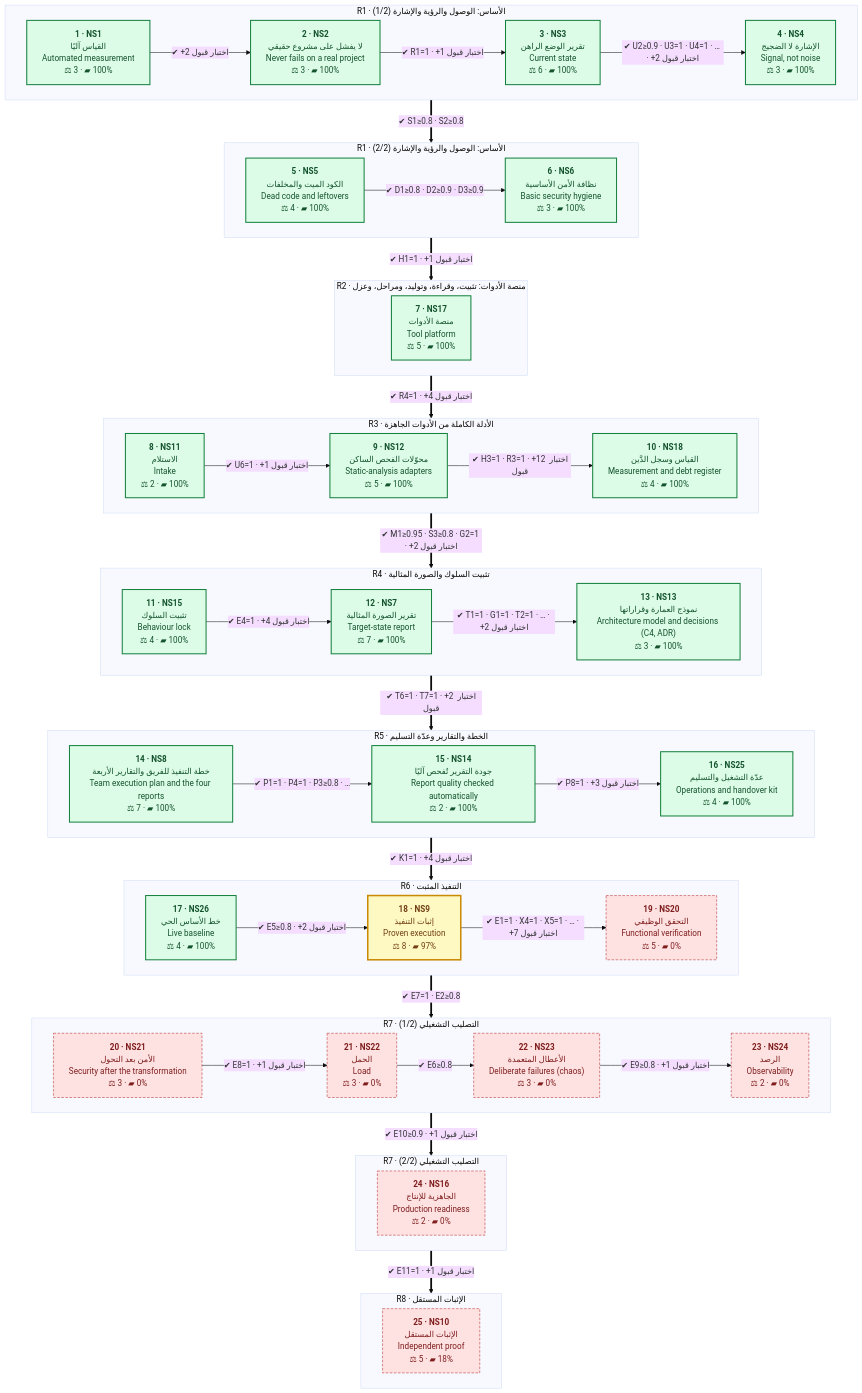
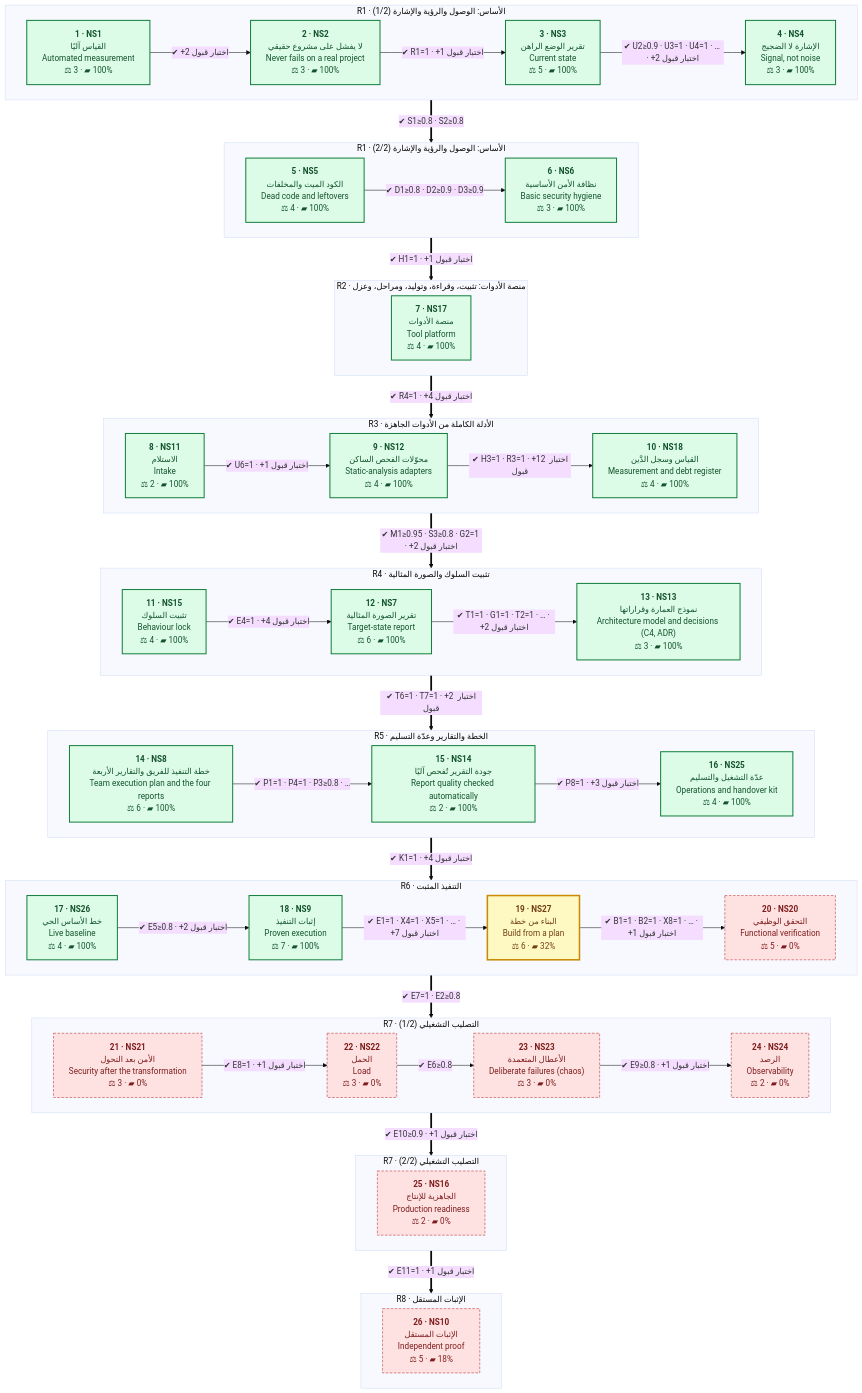
Before and after one commit to eom1417/engineering-audit-os: the second of 2 diagrams in README.md, drawn with Mermaid (base theme). The commit also changed other lines of this file and 15 other files, not shown here.

```diff
--- a/README.md
+++ b/README.md
@@ -247,7 +251,7 @@
         direction LR
         NS1["<b>1 · NS1</b><br/>القياس آليًا<br/>Automated measurement<br/>⚖ 3 · ▰ 100%"]:::done
         NS2["<b>2 · NS2</b><br/>لا يفشل على مشروع حقيقي<br/>Never fails on a real project<br/>⚖ 3 · ▰ 100%"]:::done
-        NS3["<b>3 · NS3</b><br/>تقرير الوضع الراهن<br/>Current state<br/>⚖ 6 · ▰ 100%"]:::done
+        NS3["<b>3 · NS3</b><br/>تقرير الوضع الراهن<br/>Current state<br/>⚖ 5 · ▰ 100%"]:::done
         NS4["<b>4 · NS4</b><br/>الإشارة لا الضجيج<br/>Signal, not noise<br/>⚖ 3 · ▰ 100%"]:::done
         NS1 -->|"✔ +2 اختبار قبول"| NS2
         NS2 -->|"✔ R1=1 · +1 اختبار قبول"| NS3
@@ -261,12 +265,12 @@
     end
     subgraph R2_1["R2 · منصة الأدوات: تثبيت، وقراءة، وتوليد، ومراحل، وعزل"]
         direction LR
-        NS17["<b>7 · NS17</b><br/>منصة الأدوات<br/>Tool platform<br/>⚖ 5 · ▰ 100%"]:::done
+        NS17["<b>7 · NS17</b><br/>منصة الأدوات<br/>Tool platform<br/>⚖ 4 · ▰ 100%"]:::done
     end
     subgraph R3_1["R3 · الأدلة الكاملة من الأدوات الجاهزة"]
         direction LR
         NS11["<b>8 · NS11</b><br/>الاستلام<br/>Intake<br/>⚖ 2 · ▰ 100%"]:::done
-        NS12["<b>9 · NS12</b><br/>محوّلات الفحص الساكن<br/>Static-analysis adapters<br/>⚖ 5 · ▰ 100%"]:::done
+        NS12["<b>9 · NS12</b><br/>محوّلات الفحص الساكن<br/>Static-analysis adapters<br/>⚖ 4 · ▰ 100%"]:::done
         NS18["<b>10 · NS18</b><br/>القياس وسجل الدَّين<br/>Measurement and debt register<br/>⚖ 4 · ▰ 100%"]:::done
         NS11 -->|"✔ U6=1 · +1 اختبار قبول"| NS12
         NS12 -->|"✔ H3=1 · R3=1 · +12 اختبار قبول"| NS18
@@ -274,14 +278,14 @@
     subgraph R4_1["R4 · تثبيت السلوك والصورة المثالية"]
         direction LR
         NS15["<b>11 · NS15</b><br/>تثبيت السلوك<br/>Behaviour lock<br/>⚖ 4 · ▰ 100%"]:::done
-        NS7["<b>12 · NS7</b><br/>تقرير الصورة المثالية<br/>Target-state report<br/>⚖ 7 · ▰ 100%"]:::done
+        NS7["<b>12 · NS7</b><br/>تقرير الصورة المثالية<br/>Target-state report<br/>⚖ 6 · ▰ 100%"]:::done
         NS13["<b>13 · NS13</b><br/>نموذج العمارة وقراراتها<br/>Architecture model and decisions (C4, ADR)<br/>⚖ 3 · ▰ 100%"]:::done
         NS15 -->|"✔ E4=1 · +4 اختبار قبول"| NS7
         NS7 -->|"✔ T1=1 · G1=1 · T2=1 · … · +2 اختبار قبول"| NS13
     end
     subgraph R5_1["R5 · الخطة والتقارير وعدّة التسليم"]
         direction LR
-        NS8["<b>14 · NS8</b><br/>خطة التنفيذ للفريق والتقارير الأربعة<br/>Team execution plan and the four reports<br/>⚖ 7 · ▰ 100%"]:::done
+        NS8["<b>14 · NS8</b><br/>خطة التنفيذ للفريق والتقارير الأربعة<br/>Team execution plan and the four reports<br/>⚖ 6 · ▰ 100%"]:::done
         NS14["<b>15 · NS14</b><br/>جودة التقرير تُفحص آليًا<br/>Report quality checked automatically<br/>⚖ 2 · ▰ 100%"]:::done
         NS25["<b>16 · NS25</b><br/>عدّة التشغيل والتسليم<br/>Operations and handover kit<br/>⚖ 4 · ▰ 100%"]:::done
         NS8 -->|"✔ P1=1 · P4=1 · P3≥0.8 · …"| NS14
@@ -290,28 +294,30 @@
     subgraph R6_1["R6 · التنفيذ المثبت"]
         direction LR
         NS26["<b>17 · NS26</b><br/>خط الأساس الحي<br/>Live baseline<br/>⚖ 4 · ▰ 100%"]:::done
-        NS9["<b>18 · NS9</b><br/>إثبات التنفيذ<br/>Proven execution<br/>⚖ 8 · ▰ 97%"]:::current
-        NS20["<b>19 · NS20</b><br/>التحقق الوظيفي<br/>Functional verification<br/>⚖ 5 · ▰ 0%"]:::owner
+        NS9["<b>18 · NS9</b><br/>إثبات التنفيذ<br/>Proven execution<br/>⚖ 7 · ▰ 100%"]:::done
+        NS27["<b>19 · NS27</b><br/>البناء من خطة<br/>Build from a plan<br/>⚖ 6 · ▰ 32%"]:::current
+        NS20["<b>20 · NS20</b><br/>التحقق الوظيفي<br/>Functional verification<br/>⚖ 5 · ▰ 0%"]:::owner
         NS26 -->|"✔ E5≥0.8 · +2 اختبار قبول"| NS9
-        NS9 -->|"✔ E1=1 · X4=1 · X5=1 · … · +7 اختبار قبول"| NS20
+        NS9 -->|"✔ E1=1 · X4=1 · X5=1 · … · +7 اختبار قبول"| NS27
+        NS27 -->|"✔ B1=1 · B2=1 · X8=1 · … · +1 اختبار قبول"| NS20
     end
     subgraph R7_1["R7 · التصليب التشغيلي (1/2)"]
         direction LR
-        NS21["<b>20 · NS21</b><br/>الأمن بعد التحول<br/>Security after the transformation<br/>⚖ 3 · ▰ 0%"]:::owner
-        NS22["<b>21 · NS22</b><br/>الحمل<br/>Load<br/>⚖ 3 · ▰ 0%"]:::owner
-        NS23["<b>22 · NS23</b><br/>الأعطال المتعمدة<br/>Deliberate failures (chaos)<br/>⚖ 3 · ▰ 0%"]:::owner
-        NS24["<b>23 · NS24</b><br/>الرصد<br/>Observability<br/>⚖ 2 · ▰ 0%"]:::owner
+        NS21["<b>21 · NS21</b><br/>الأمن بعد التحول<br/>Security after the transformation<br/>⚖ 3 · ▰ 0%"]:::owner
+        NS22["<b>22 · NS22</b><br/>الحمل<br/>Load<br/>⚖ 3 · ▰ 0%"]:::owner
+        NS23["<b>23 · NS23</b><br/>الأعطال المتعمدة<br/>Deliberate failures (chaos)<br/>⚖ 3 · ▰ 0%"]:::owner
+        NS24["<b>24 · NS24</b><br/>الرصد<br/>Observability<br/>⚖ 2 · ▰ 0%"]:::owner
         NS21 -->|"✔ E8=1 · +1 اختبار قبول"| NS22
         NS22 -->|"✔ E6≥0.8"| NS23
         NS23 -->|"✔ E9≥0.8 · +1 اختبار قبول"| NS24
     end
     subgraph R7_2["R7 · التصليب التشغيلي (2/2)"]
         direction LR
-        NS16["<b>24 · NS16</b><br/>الجاهزية للإنتاج<br/>Production readiness<br/>⚖ 2 · ▰ 0%"]:::owner
+        NS16["<b>25 · NS16</b><br/>الجاهزية للإنتاج<br/>Production readiness<br/>⚖ 2 · ▰ 0%"]:::owner
     end
     subgraph R8_1["R8 · الإثبات المستقل"]
         direction LR
-        NS10["<b>25 · NS10</b><br/>الإثبات المستقل<br/>Independent proof<br/>⚖ 5 · ▰ 18%"]:::owner
+        NS10["<b>26 · NS10</b><br/>الإثبات المستقل<br/>Independent proof<br/>⚖ 5 · ▰ 18%"]:::owner
     end
     R1_1 ==>|"✔ S1≥0.8 · S2≥0.8"| R1_2
     R1_2 ==>|"✔ H1=1 · +1 اختبار قبول"| R2_1
```
